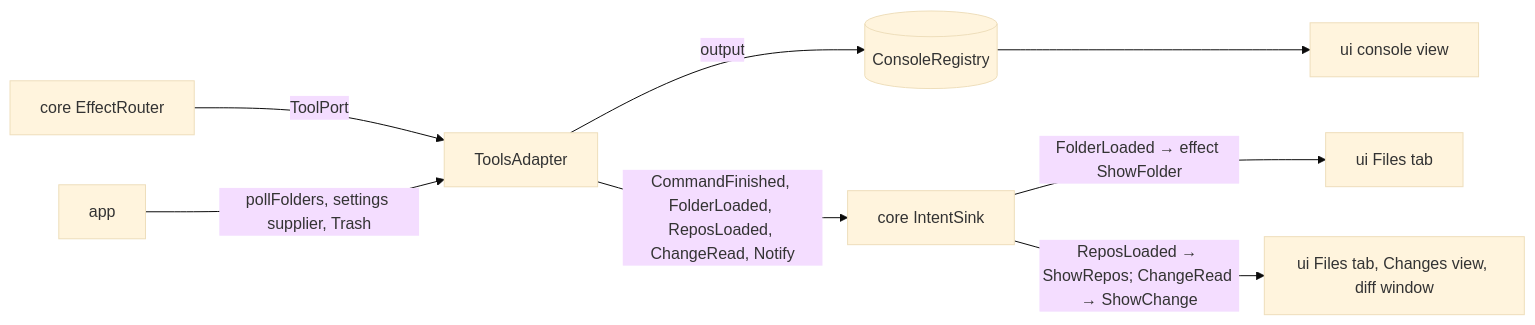
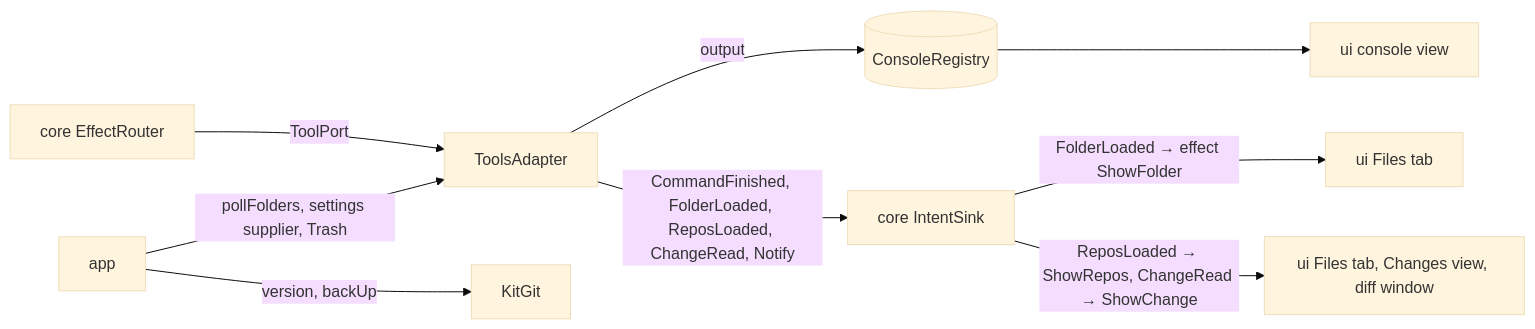
The diagram in tools/README.md (marregui/comando), drawn with Mermaid (base theme) before and after one commit. The commit also changed other lines of this file and 138 other files, not shown here.

````diff
--- a/tools/README.md
+++ b/tools/README.md
@@ -45,10 +53,11 @@
 ```mermaid
 flowchart LR
   ER["core EffectRouter"] -->|"ToolPort"| TA["ToolsAdapter"]
   APP["app"] -->|"pollFolders, settings supplier, Trash"| TA
+  APP -->|"version, backUp"| KG["KitGit"]
   TA -->|"output"| CR[("ConsoleRegistry")]
   TA -->|"CommandFinished, FolderLoaded, ReposLoaded, ChangeRead, Notify"| SINK["core IntentSink"]
   CR --> UI["ui console view"]
   SINK -->|"FolderLoaded → effect ShowFolder"| UIF["ui Files tab"]
-  SINK -->|"ReposLoaded → ShowRepos; ChangeRead → ShowChange"| UIC["ui Files tab, Changes view, diff window"]
+  SINK -->|"ReposLoaded → ShowRepos, ChangeRead → ShowChange"| UIC["ui Files tab, Changes view, diff window"]
 ```
````
